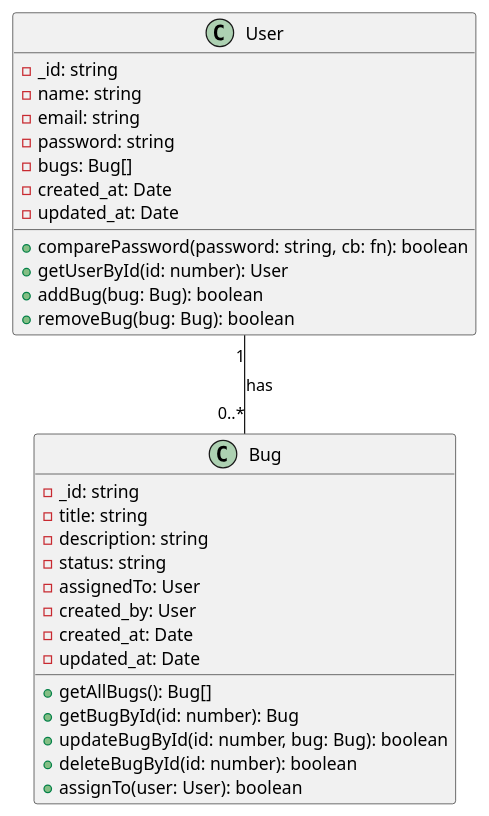
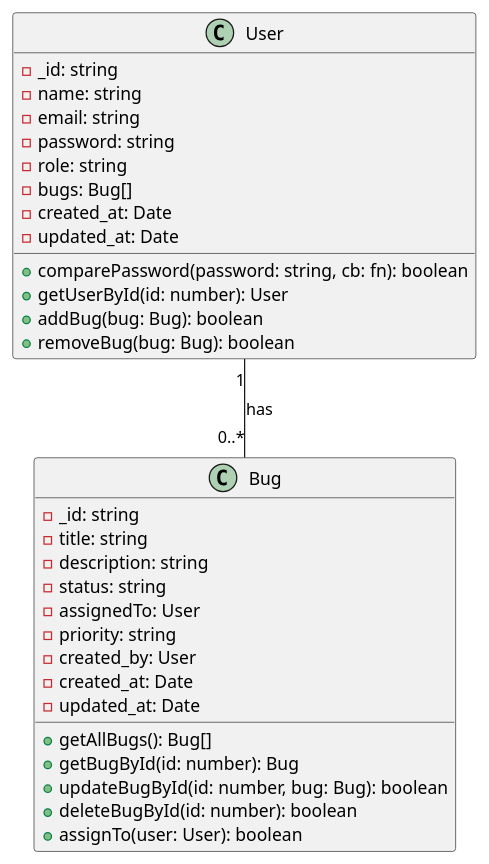
The diagram in docs/BugTracking.puml (devulogi/bug-tracker), drawn with PlantUML before and after one commit.

Commit message:
refactor: add roles to user and priority to bug

```diff
--- a/docs/BugTracking.puml
+++ b/docs/BugTracking.puml
@@ -1,35 +1,37 @@
 @startuml
 
 class User {
     - _id: string
     - name: string
     - email: string
     - password: string
+    - role: string
     - bugs: Bug[]
     - created_at: Date
     - updated_at: Date
     + comparePassword(password: string, cb: fn): boolean
     + getUserById(id: number): User
     + addBug(bug: Bug): boolean
     + removeBug(bug: Bug): boolean
 }
 
 class Bug {
     - _id: string
     - title: string
     - description: string
     - status: string
     - assignedTo: User
+    - priority: string
     - created_by: User
     - created_at: Date
     - updated_at: Date
     + getAllBugs(): Bug[]
     + getBugById(id: number): Bug
     + updateBugById(id: number, bug: Bug): boolean
     + deleteBugById(id: number): boolean
     + assignTo(user: User): boolean
 }
 
 User "1" -- "0..*" Bug : has
 
 @enduml
```
